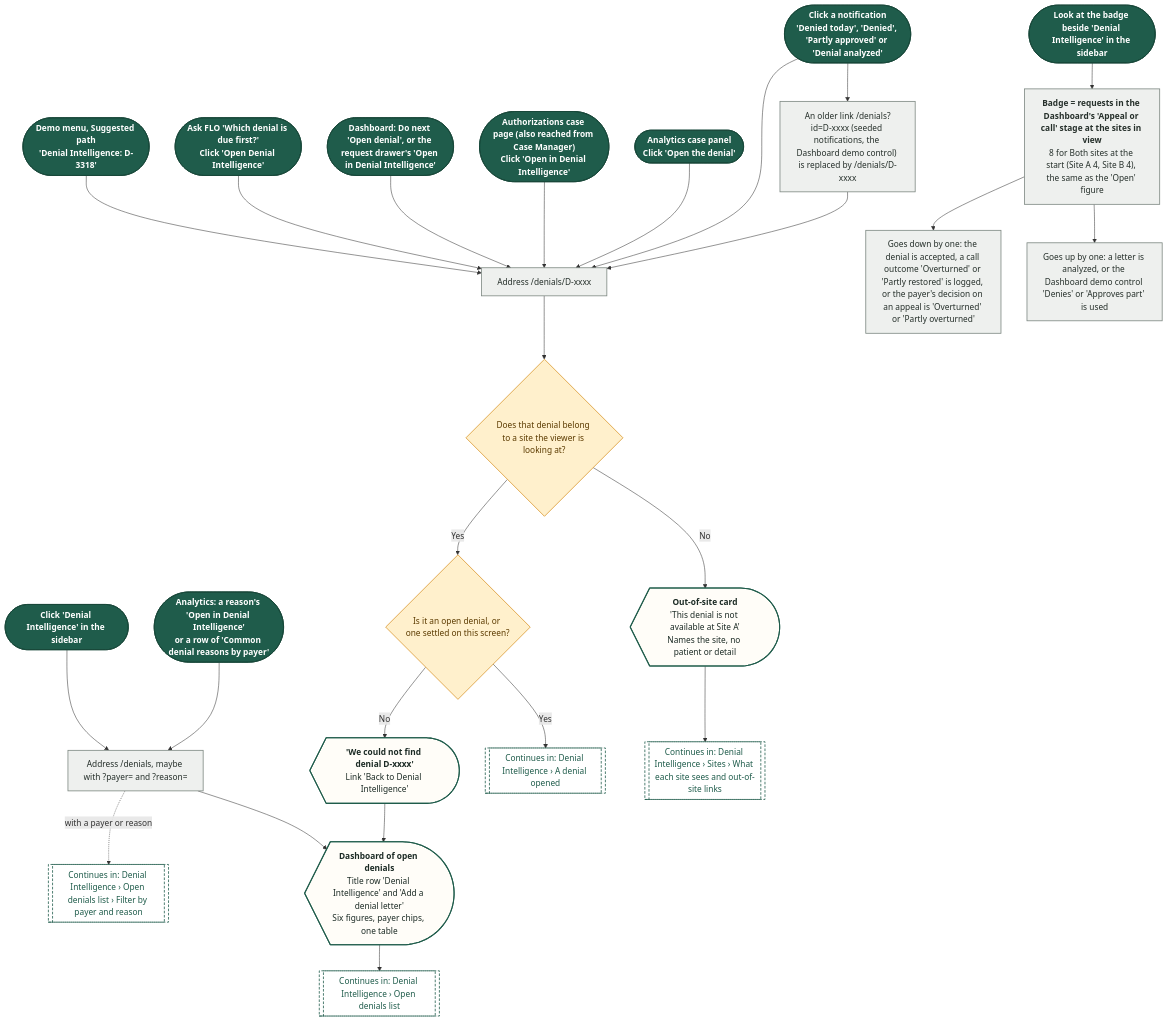
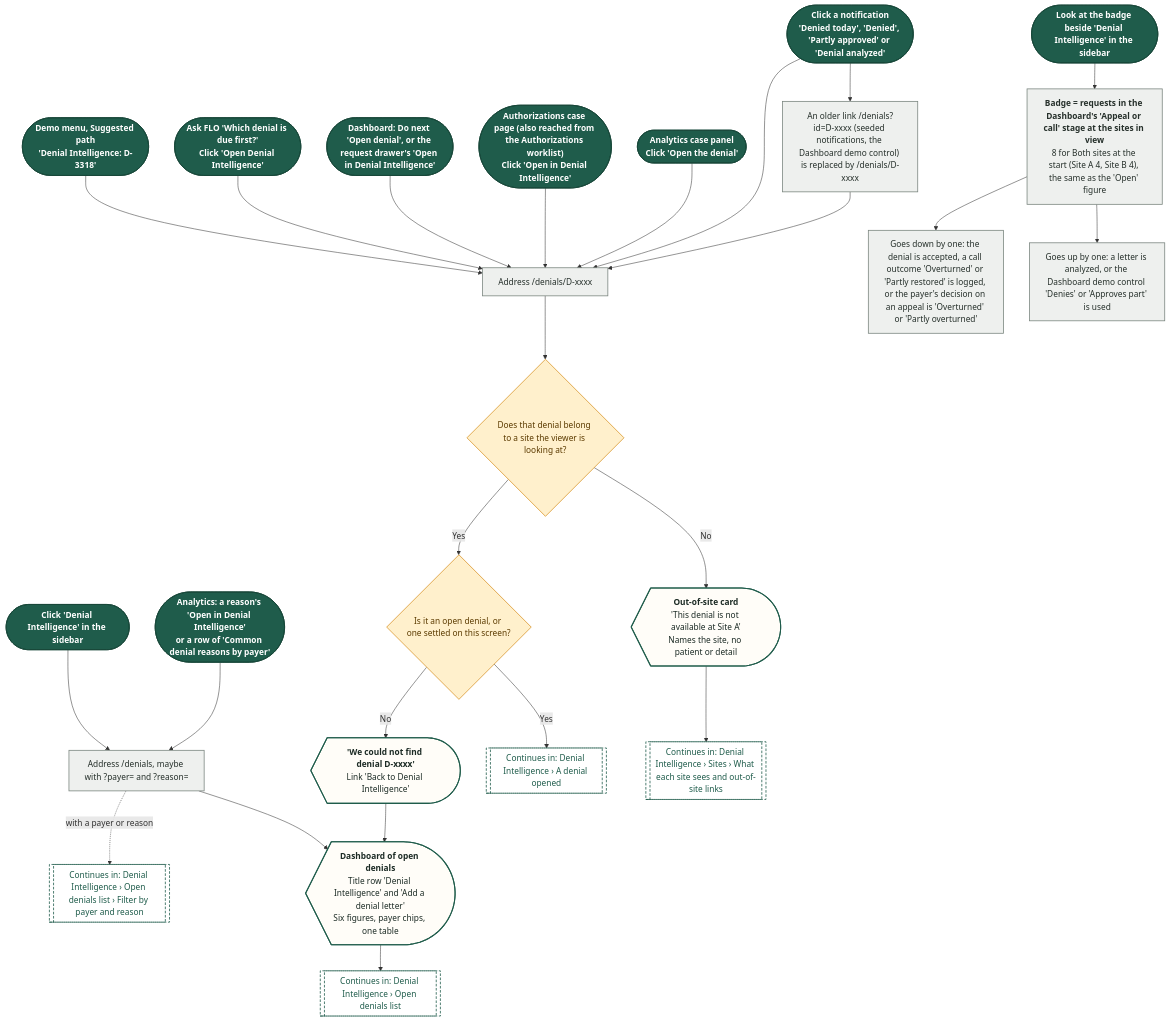
Before and after one commit to Shrav143/psyfloapp: the first of 28 diagrams in demos/prior-auth-demo/workflows/out/md/06-denials.md, drawn with Mermaid. The commit also changed other lines of this file and 113 other files, not shown here.

First line of the commit message:
docs: workflow diagrams for the merged Authorizations (worklist, approved, reviews and tracked cases, sidebar arrow), every link retargeted, 336 diagrams

````diff
--- a/demos/prior-auth-demo/workflows/out/md/06-denials.md
+++ b/demos/prior-auth-demo/workflows/out/md/06-denials.md
@@ -13,66 +13,66 @@
 ```mermaid
 %%{init: {"theme":"base","themeVariables":{"fontFamily":"'DM Sans', 'Segoe UI', system-ui, sans-serif","fontSize":"15px","lineColor":"#5B6B63","primaryTextColor":"#1C2B25","clusterBkg":"#FBF8F3","clusterBorder":"#D9CDBB","edgeLabelBackground":"#FFFFFF"},"flowchart":{"curve":"basis","nodeSpacing":36,"rankSpacing":48,"padding":12,"htmlLabels":true,"useMaxWidth":false,"wrappingWidth":230}} }%%
 flowchart TD
   classDef k_start fill:#1F5C4B,stroke:#174638,color:#FFFFFF,stroke-width:1.5px,font-weight:600
   classDef k_end fill:#DDEFE3,stroke:#2E7D4F,color:#14502F,stroke-width:1.5px,font-weight:600
   classDef k_endx fill:#FBE3E0,stroke:#C0392B,color:#7A1F16,stroke-width:1.5px,font-weight:600
   classDef k_screen fill:#FFFDF8,stroke:#1F5C4B,color:#1C2B25,stroke-width:2px
   classDef k_overlay fill:#F1F7F3,stroke:#1F5C4B,color:#1C2B25,stroke-width:2px,stroke-dasharray:5 3
   classDef k_click fill:#DCEBFA,stroke:#2F6DB5,color:#12365F,stroke-width:1.5px
   classDef k_input fill:#E4E7FF,stroke:#4C5FD5,color:#1D2670,stroke-width:1.5px
   classDef k_process fill:#EEF0EE,stroke:#7A857F,color:#26302B,stroke-width:1.5px
   classDef k_agent fill:#EEE5FA,stroke:#7A4FC2,color:#341A63,stroke-width:1.5px
   classDef k_decision fill:#FFF0CC,stroke:#D9962B,color:#5C3B00,stroke-width:1.5px
   classDef k_store fill:#D5F0EA,stroke:#1C8E7B,color:#0B4A3F,stroke-width:1.5px
   classDef k_doc fill:#F6E9DC,stroke:#B07A4C,color:#4A2E14,stroke-width:1.5px
   classDef k_ext fill:#FFE6D2,stroke:#E07B39,color:#6B2F06,stroke-width:1.5px
   classDef k_wait fill:#E4E8EE,stroke:#6B7C93,color:#26303D,stroke-width:1.5px
   classDef k_toast fill:#FFF9DB,stroke:#C9A400,color:#5A4A00,stroke-width:1.5px
   classDef k_goto fill:#FFFFFF,stroke:#1F5C4B,color:#1F5C4B,stroke-width:1.5px,stroke-dasharray:5 3
   s1@{ shape: stadium, label: "Click 'Denial Intelligence' in the sidebar" }
   s5@{ shape: stadium, label: "<b>Analytics: a reason's 'Open in Denial Intelligence'</b><br/>or a row of 'Common denial reasons by payer'" }
   s2@{ shape: stadium, label: "<b>Demo menu, Suggested path</b><br/>'Denial Intelligence: D-3318'" }
   s3@{ shape: stadium, label: "<b>Click a notification</b><br/>'Denied today', 'Denied', 'Partly approved' or 'Denial analyzed'" }
   s4@{ shape: stadium, label: "<b>Ask FLO 'Which denial is due first?'</b><br/>Click 'Open Denial Intelligence'" }
   s6@{ shape: stadium, label: "Dashboard: Do next 'Open denial', or the request drawer's 'Open in Denial Intelligence'" }
-  s7@{ shape: stadium, label: "<b>Authorizations case page (also reached from Case Manager)</b><br/>Click 'Open in Denial Intelligence'" }
+  s7@{ shape: stadium, label: "<b>Authorizations case page (also reached from the Authorizations worklist)</b><br/>Click 'Open in Denial Intelligence'" }
   s9@{ shape: stadium, label: "<b>Analytics case panel</b><br/>Click 'Open the denial'" }
   p0@{ shape: rect, label: "Address /denials, maybe with ?payer= and ?reason=" }
   sc1@{ shape: curv-trap, label: "<b>Dashboard of open denials</b><br/>Title row 'Denial Intelligence' and 'Add a denial letter'<br/>Six figures, payer chips, one table" }
   g1@{ shape: subproc, label: "Continues in: Denial Intelligence › Open denials list" }
   g5@{ shape: subproc, label: "Continues in: Denial Intelligence › Open denials list › Filter by payer and reason" }
   p1@{ shape: rect, label: "Address /denials/D-xxxx" }
   pl@{ shape: rect, label: "An older link /denials?id=D-xxxx (seeded notifications, the Dashboard demo control) is replaced by /denials/D-xxxx" }
   dsite@{ shape: diam, label: "Does that denial belong to a site the viewer is looking at?" }
   sos@{ shape: curv-trap, label: "<b>Out-of-site card</b><br/>'This denial is not available at Site A'<br/>Names the site, no patient or detail" }
   gs@{ shape: subproc, label: "Continues in: Denial Intelligence › Sites › What each site sees and out-of-site links" }
   d2@{ shape: diam, label: "Is it an open denial, or one settled on this screen?" }
   nf@{ shape: curv-trap, label: "<b>'We could not find denial D-xxxx'</b><br/>Link 'Back to Denial Intelligence'" }
   g2@{ shape: subproc, label: "Continues in: Denial Intelligence › A denial opened" }
   s8@{ shape: stadium, label: "Look at the badge beside 'Denial Intelligence' in the sidebar" }
   b1@{ shape: rect, label: "<b>Badge = requests in the Dashboard's 'Appeal or call' stage at the sites in view</b><br/>8 for Both sites at the start (Site A 4, Site B 4), the same as the 'Open' figure" }
   b2@{ shape: rect, label: "Goes up by one: a letter is analyzed, or the Dashboard demo control 'Denies' or 'Approves part' is used" }
   b3@{ shape: rect, label: "Goes down by one: the denial is accepted, a call outcome 'Overturned' or 'Partly restored' is logged, or the payer's decision on an appeal is 'Overturned' or 'Partly overturned'" }
   s1 --> p0
   s5 --> p0
   p0 --> sc1 --> g1
   p0 -.->|"with a payer or reason"| g5
   s2 --> p1
   s3 --> pl --> p1
   s3 --> p1
   s4 --> p1
   s6 --> p1
   s7 --> p1
   s9 --> p1
   p1 --> dsite
   dsite -->|"No"| sos --> gs
   dsite -->|"Yes"| d2
   d2 -->|"Yes"| g2
   d2 -->|"No"| nf --> sc1
   s8 --> b1 --> b2 & b3
   class s1,s5,s2,s3,s4,s6,s7,s9,s8 k_start
   class p0,p1,pl,b1,b2,b3 k_process
   class sc1,sos,nf k_screen
   class g1,g5,gs,g2 k_goto
   class dsite,d2 k_decision
 ```
````
